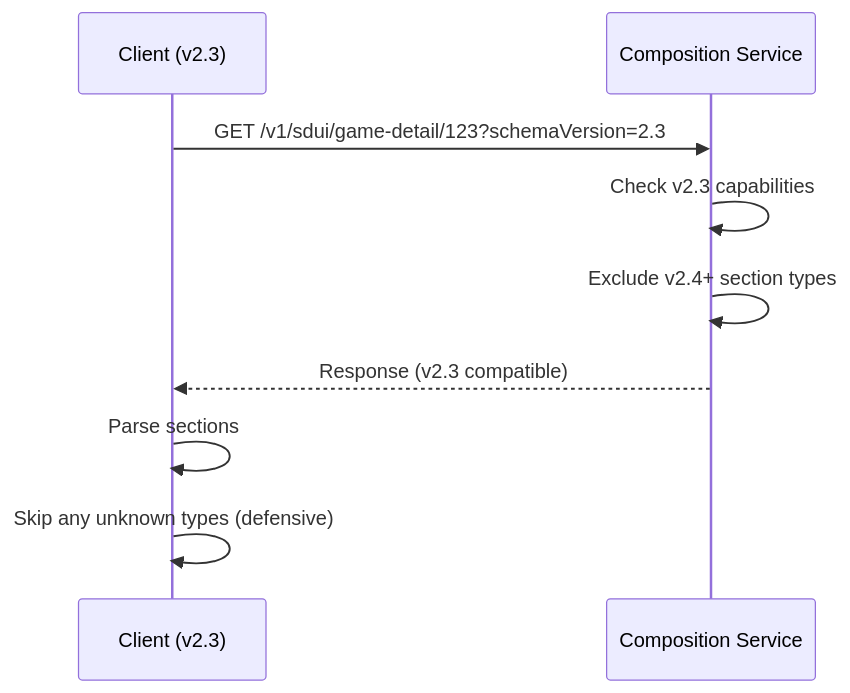
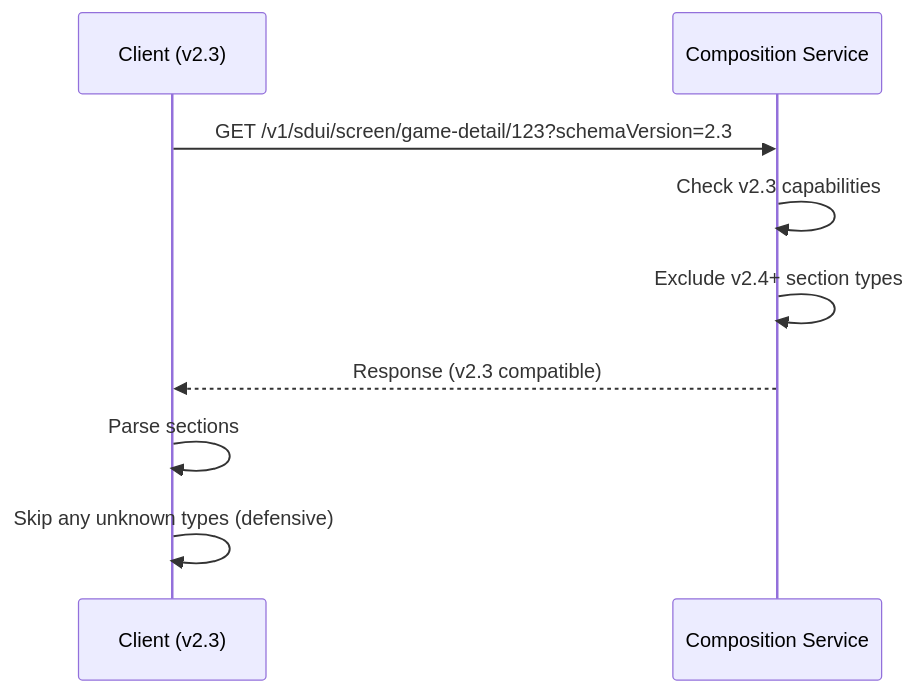
One commit to bakburner/sdui-learn changed diagram 11 of 11 in docs/sdui-requirements-summary.md. Above: the diagram before and after it, drawn with Mermaid. The commit also changed other lines of this file and 4 other files, not shown here.

````diff
--- a/docs/sdui-requirements-summary.md
+++ b/docs/sdui-requirements-summary.md
@@ -879,12 +879,12 @@
 ```mermaid
 sequenceDiagram
     participant App as Client (v2.3)
     participant Server as Composition Service
     
-    App->>Server: GET /v1/sdui/game-detail/123?schemaVersion=2.3
+    App->>Server: GET /v1/sdui/screen/game-detail/123?schemaVersion=2.3
     Server->>Server: Check v2.3 capabilities
     Server->>Server: Exclude v2.4+ section types
     Server-->>App: Response (v2.3 compatible)
     App->>App: Parse sections
     App->>App: Skip any unknown types (defensive)
 ```
````
